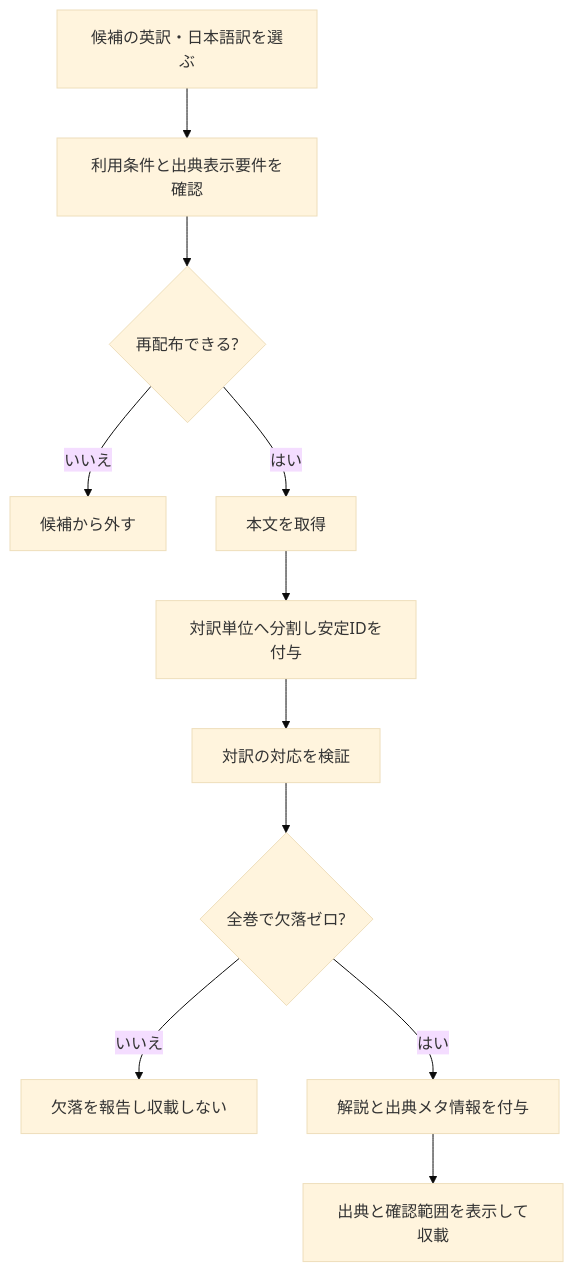
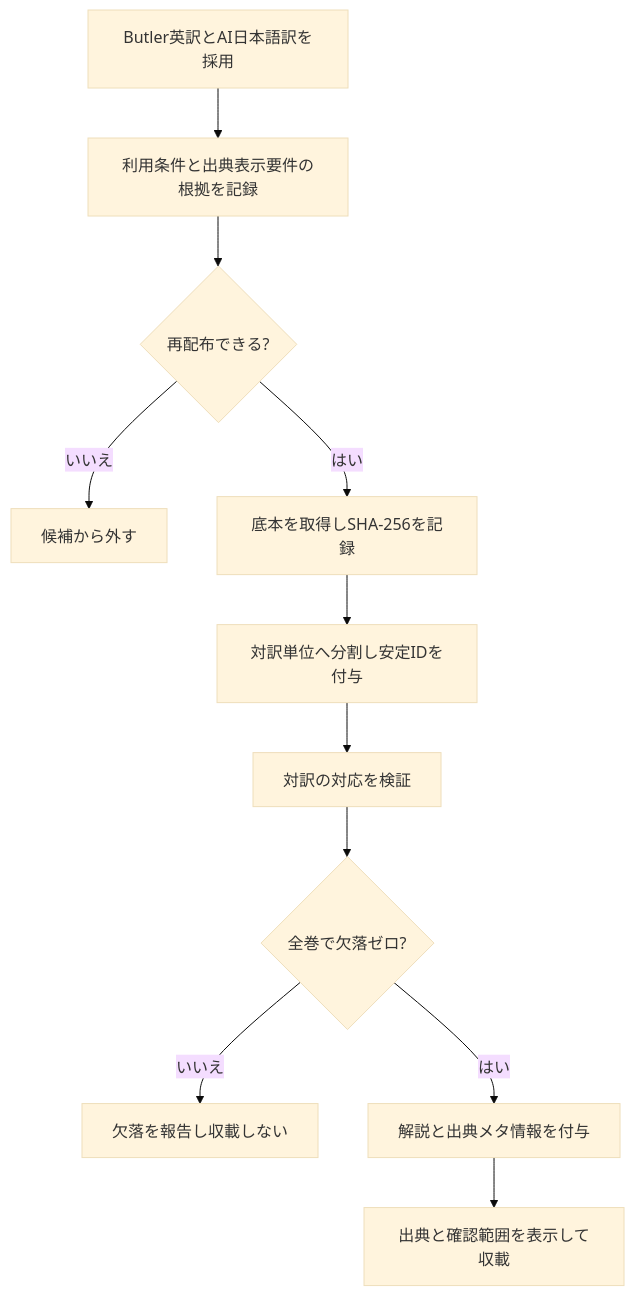
The fifth of 6 diagrams in FLOW.md (hogehonya/homer-reader), drawn with Mermaid (base theme) before and after one commit. The commit also changed other lines of this file and 6 other files, not shown here.

````diff
--- a/FLOW.md
+++ b/FLOW.md
@@ -72,13 +72,13 @@
 ```mermaid
 flowchart TD
-    A[候補の英訳・日本語訳を選ぶ] --> B[利用条件と出典表示要件を確認]
+    A[Butler英訳とAI日本語訳を採用] --> B[利用条件と出典表示要件の根拠を記録]
     B --> C{再配布できる?}
     C -->|いいえ| D[候補から外す]
-    C -->|はい| E[本文を取得]
+    C -->|はい| E[底本を取得しSHA-256を記録]
     E --> F[対訳単位へ分割し安定IDを付与]
     F --> G[対訳の対応を検証]
     G --> H{全巻で欠落ゼロ?}
     H -->|いいえ| I[欠落を報告し収載しない]
     H -->|はい| J[解説と出典メタ情報を付与]
     J --> K[出典と確認範囲を表示して収載]
 ```
````
